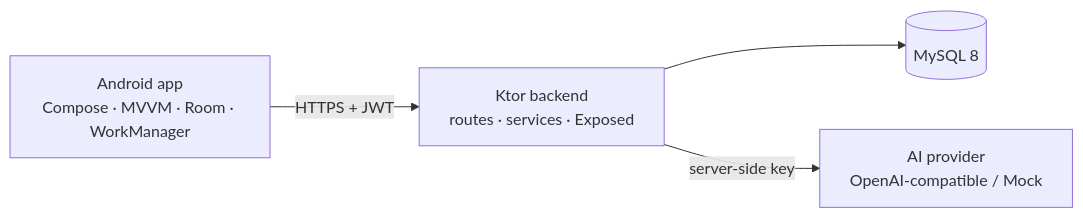
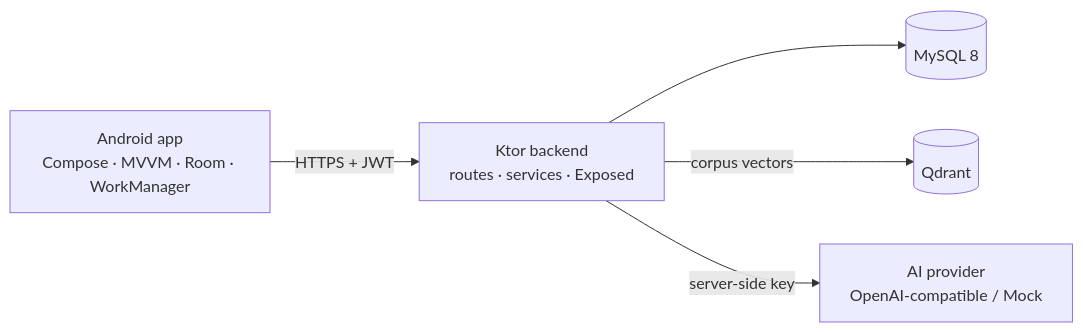
Before and after one commit to JasonTM17/Language_Kotlin_App: the diagram in README.md, drawn with Mermaid. The commit also changed other lines of this file and 14 other files, not shown here.

First line of the commit message:
docs: RAG architecture, bigdata E2E harness and delivery evidence

````diff
--- a/README.md
+++ b/README.md
@@ -42,11 +52,13 @@
 ```mermaid
 flowchart LR
     App["Android app<br/>Compose · MVVM · Room · WorkManager"]
     API["Ktor backend<br/>routes · services · Exposed"]
     DB[(MySQL 8)]
+    VEC[(Qdrant)]
     AI["AI provider<br/>OpenAI-compatible / Mock"]
 
     App -->|"HTTPS + JWT"| API
     API --> DB
+    API -->|"corpus vectors"| VEC
     API -->|"server-side key"| AI
 ```
````
